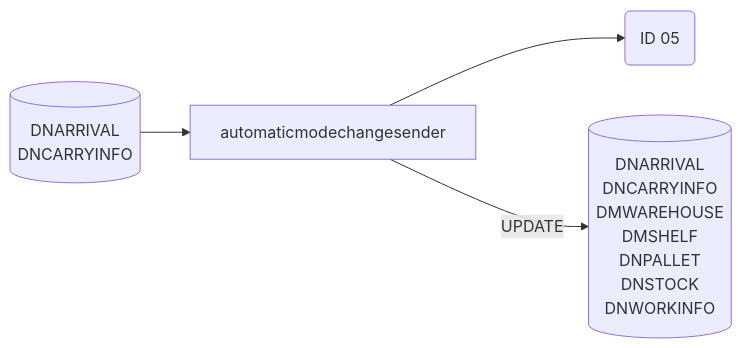
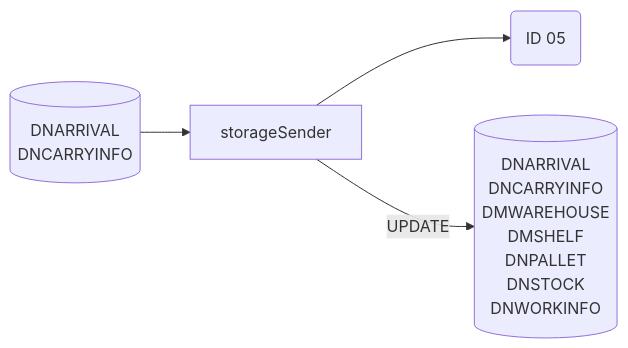
Diagram 20 of 23 in Basic-Design/DFD-WMS/Storage/Palletizing-Settting/Palletize-Start.md (luthfiadityaa/SimeDarby-Wiki), drawn with Mermaid before and after one commit.

Commit message:
Updated Palletize Start

```diff
--- a/Basic-Design/DFD-WMS/Storage/Palletizing-Settting/Palletize-Start.md
+++ b/Basic-Design/DFD-WMS/Storage/Palletizing-Settting/Palletize-Start.md
@@ -1049,23 +1049,23 @@
 ::: mermaid
 flowchart LR
 automaticmodechangesender-update[("
 DNARRIVAL
 DNCARRYINFO
 DMWAREHOUSE
 DMSHELF
 DNPALLET
 DNSTOCK
 DNWORKINFO
 ")]
 automaticmodechangesender-input[("
 DNARRIVAL
 DNCARRYINFO
 ")]
 
 id05msg("
 ID 05
 ")
 
-automaticmodechangesender-input-->automaticmodechangesender-->id05msg
-automaticmodechangesender--> |UPDATE| automaticmodechangesender-update
+automaticmodechangesender-input-->storageSender-->id05msg
+storageSender--> |UPDATE| automaticmodechangesender-update
 :::
```
